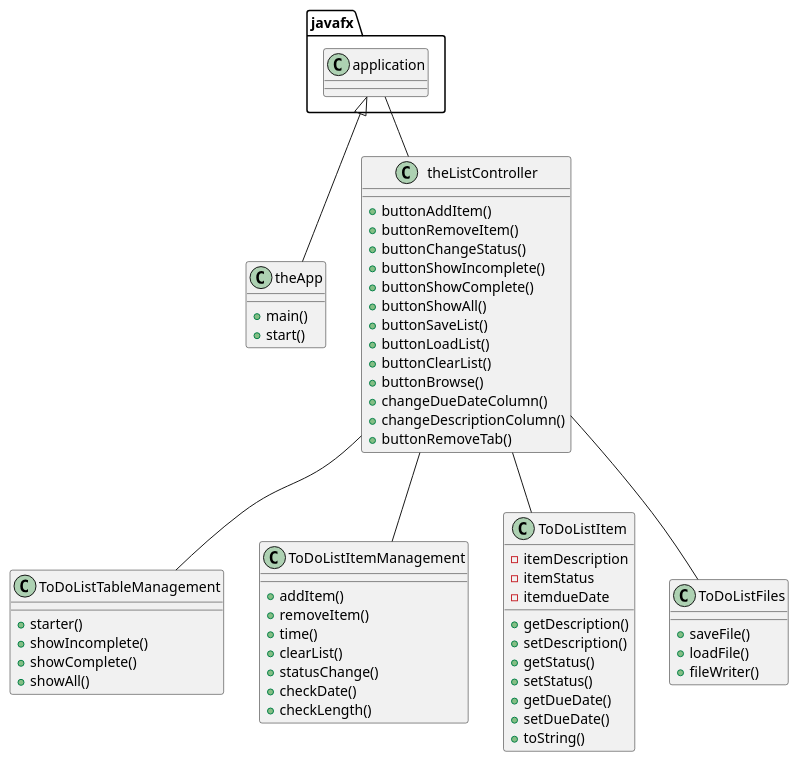
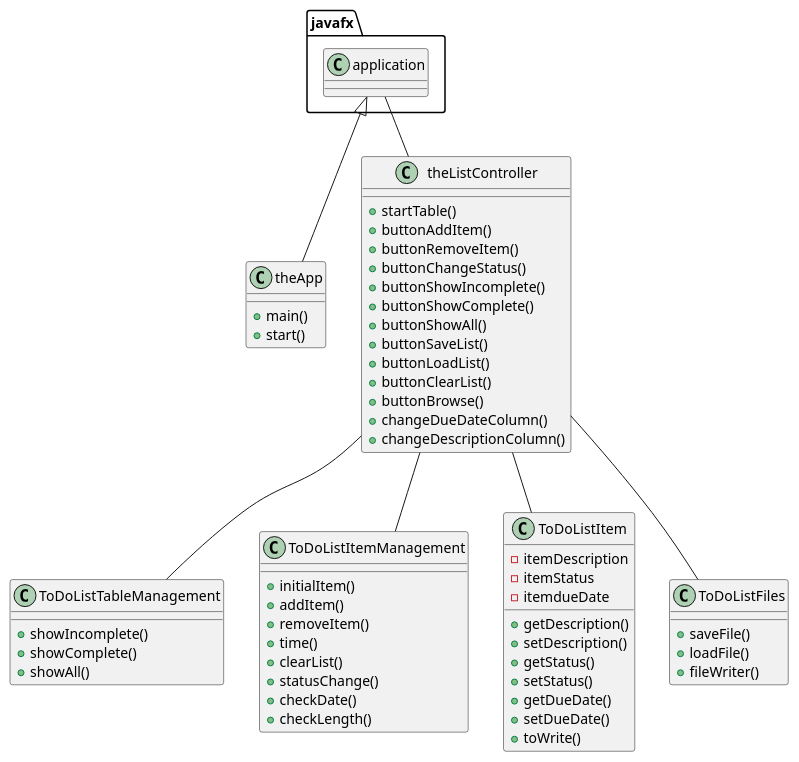
Before and after one commit to AwesomeDin/dinesh-cop3330-assignment4part2: the diagram in uml/Assignment4.puml, drawn with PlantUML. The commit also changed 6 other files, not shown here.

Commit message:
updated uml, finished everything with updated comments

```diff
--- a/uml/Assignment4.puml
+++ b/uml/Assignment4.puml
@@ -1,68 +1,68 @@
 @startuml
 'https://plantuml.com/class-diagram
 
 javafx.application <|-- theApp
 javafx.application -- theListController
 theListController -- ToDoListTableManagement
 theListController -- ToDoListItemManagement
 theListController -- ToDoListItem
 theListController -- ToDoListFiles
 
 class theApp {
 +main()
 +start()
 }
 
 class theListController {
++startTable()
 +buttonAddItem()
 +buttonRemoveItem()
 +buttonChangeStatus()
 +buttonShowIncomplete()
 +buttonShowComplete()
 +buttonShowAll()
 +buttonSaveList()
 +buttonLoadList()
 +buttonClearList()
 +buttonBrowse()
 +changeDueDateColumn()
 +changeDescriptionColumn()
-+buttonRemoveTab()
 }
 
 class ToDoListFiles {
 +saveFile()
 +loadFile()
 +fileWriter()
 }
 
 class ToDoListItem {
 -itemDescription
 -itemStatus
 -itemdueDate
 +getDescription()
 +setDescription()
 +getStatus()
 +setStatus()
 +getDueDate()
 +setDueDate()
-+toString()
++toWrite()
 }
 
 class ToDoListItemManagement {
++initialItem()
 +addItem()
 +removeItem()
 +time()
 +clearList()
 +statusChange()
 +checkDate()
 +checkLength()
 }
 
 class ToDoListTableManagement {
-+starter()
 +showIncomplete()
 +showComplete()
 +showAll()
 }
 
 @enduml
```
